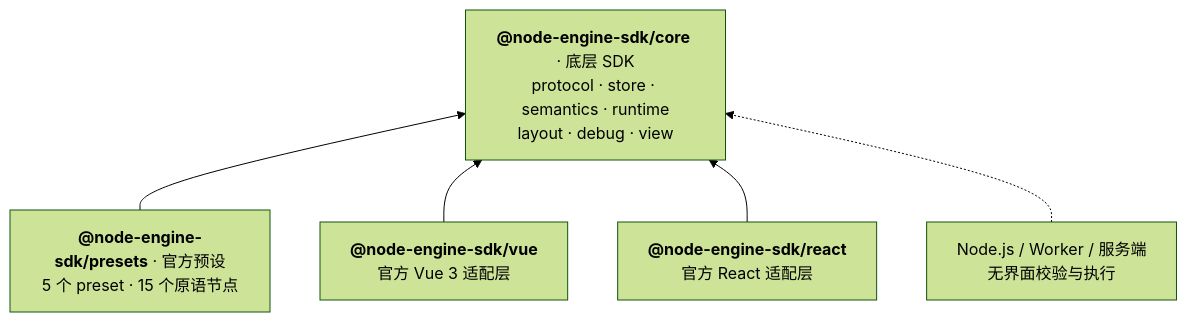
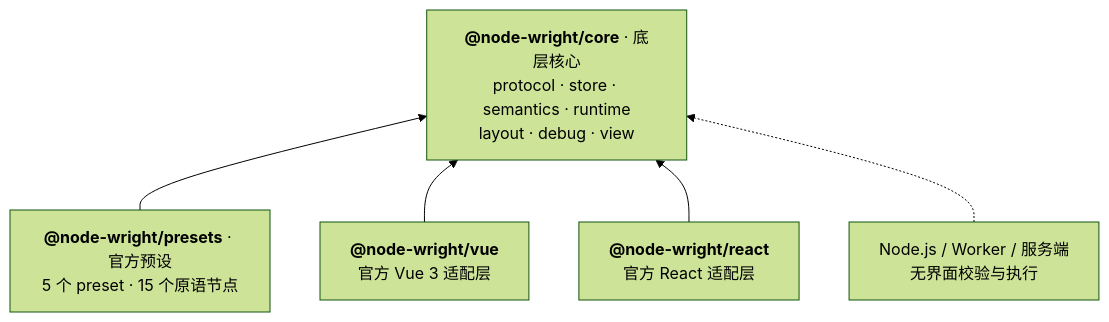
Before and after one commit to ruoyu-lab/node-engine-sdk: the diagram in README.zh-CN.md, drawn with Mermaid (forest theme). The commit also changed other lines of this file and 298 other files, not shown here.

First line of the commit message:
chore: publish as Node Wright

````diff
--- a/README.zh-CN.md
+++ b/README.zh-CN.md
@@ -111,8 +111,8 @@
 ```mermaid
 flowchart BT
-  core["<b>@node-engine-sdk/core</b> · 底层 SDK<br/>protocol · store · semantics · runtime<br/>layout · debug · view"]
-  presets["<b>@node-engine-sdk/presets</b> · 官方预设<br/>5 个 preset · 15 个原语节点"] --> core
-  vue["<b>@node-engine-sdk/vue</b><br/>官方 Vue 3 适配层"] --> core
-  react["<b>@node-engine-sdk/react</b><br/>官方 React 适配层"] --> core
+  core["<b>@node-wright/core</b> · 底层核心<br/>protocol · store · semantics · runtime<br/>layout · debug · view"]
+  presets["<b>@node-wright/presets</b> · 官方预设<br/>5 个 preset · 15 个原语节点"] --> core
+  vue["<b>@node-wright/vue</b><br/>官方 Vue 3 适配层"] --> core
+  react["<b>@node-wright/react</b><br/>官方 React 适配层"] --> core
   headless["Node.js / Worker / 服务端<br/>无界面校验与执行"] -.-> core
 ```
````
